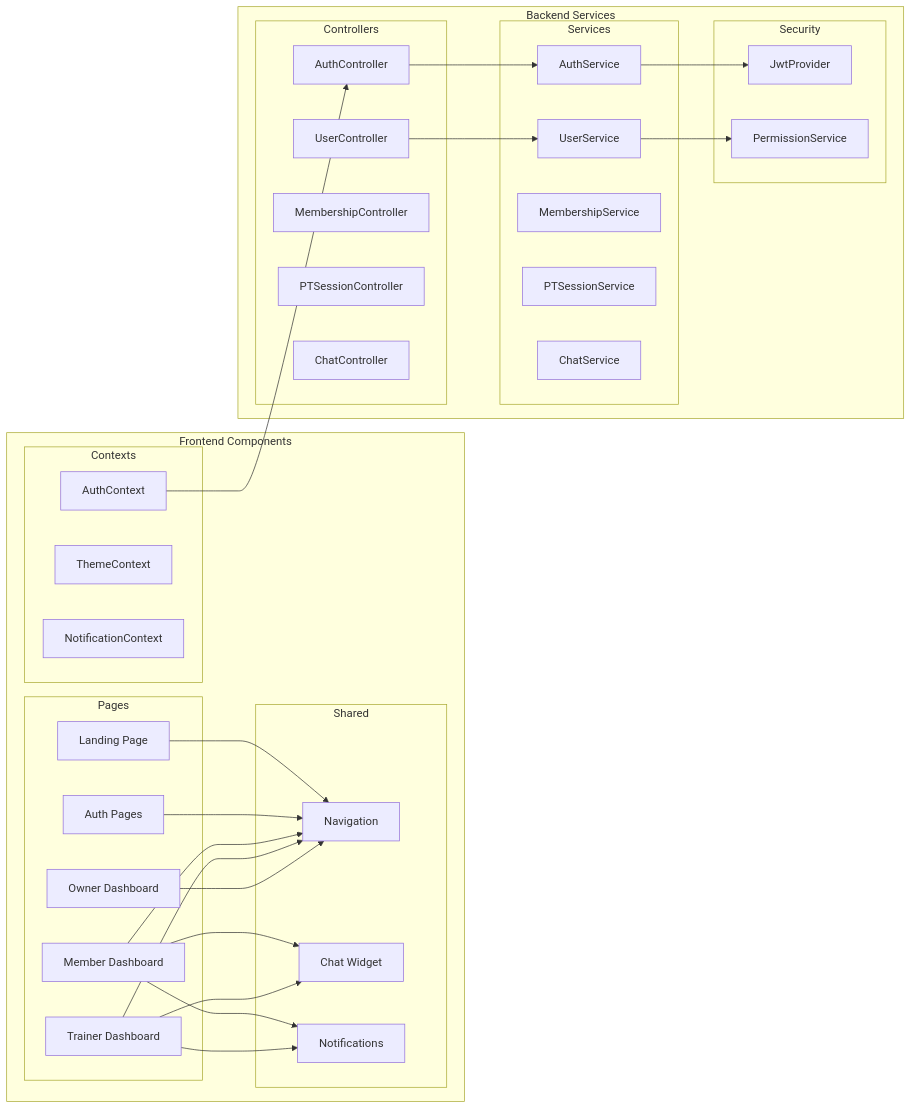
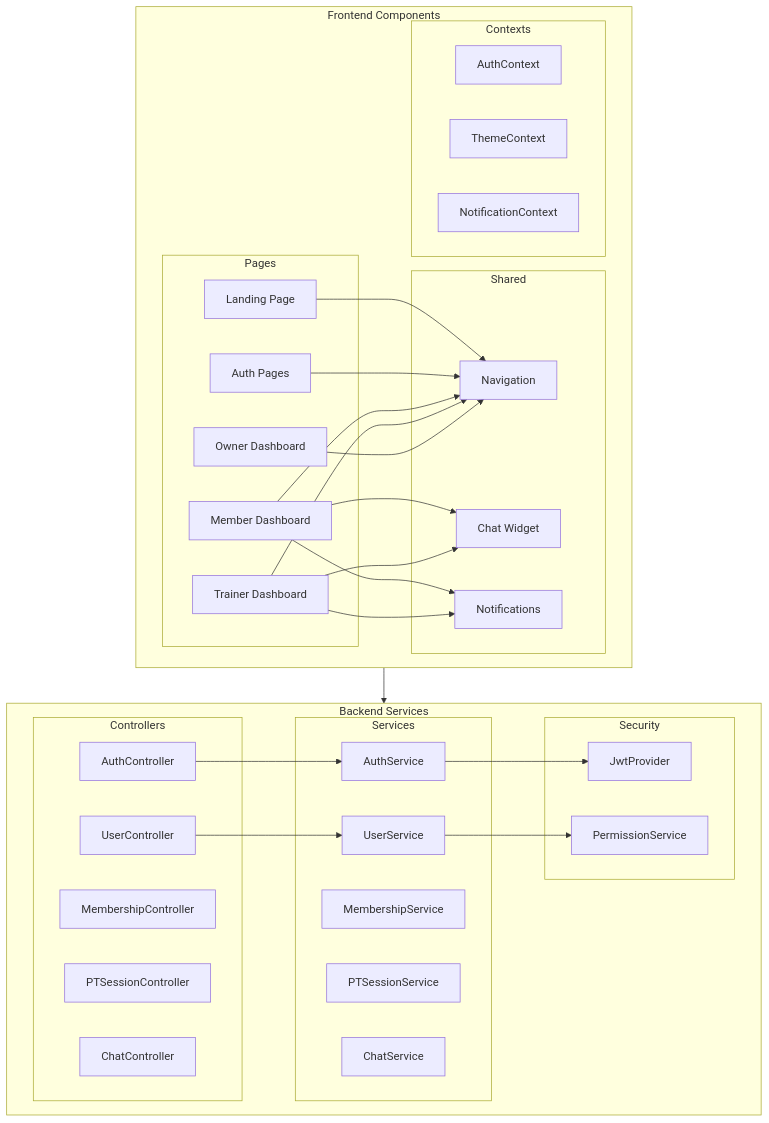
One commit to coded-with-aryan0426/gym-management-system-fullstack changed the second of 5 diagrams in docs/architecture_and_design/system_architecture.md. Above: the diagram before and after it, drawn with Mermaid. The commit also changed 2 other files, not shown here.

Commit message:
Align Component Architecture subgraph boxes vertically in parallel

````diff
--- a/docs/architecture_and_design/system_architecture.md
+++ b/docs/architecture_and_design/system_architecture.md
@@ -116,54 +116,56 @@
 ```mermaid
-flowchart LR
+flowchart TB
     subgraph Frontend Components
+        direction LR
         subgraph Pages
             LP[Landing Page]
             AUTH[Auth Pages]
             MD[Member Dashboard]
             TD[Trainer Dashboard]
             OD[Owner Dashboard]
         end
 
         subgraph Shared
             NAV[Navigation]
             CHAT[Chat Widget]
             NOTIF[Notifications]
         end
 
         subgraph Contexts
             AC[AuthContext]
             TC[ThemeContext]
             NC[NotificationContext]
         end
     end
 
     subgraph Backend Services
+        direction LR
         subgraph Controllers
             AuthC[AuthController]
             UserC[UserController]
             MemC[MembershipController]
             PTc[PTSessionController]
             ChatC[ChatController]
         end
 
         subgraph Services
             AuthS[AuthService]
             UserS[UserService]
             MemS[MembershipService]
             PTs[PTSessionService]
             ChatS[ChatService]
         end
 
         subgraph Security
             JWT[JwtProvider]
             RBAC[PermissionService]
         end
     end
 
     LP & AUTH & MD & TD & OD --> NAV
     MD & TD --> CHAT & NOTIF
     
     AC --> AuthC
     AuthC --> AuthS --> JWT
     UserC --> UserS --> RBAC
 ```
````
